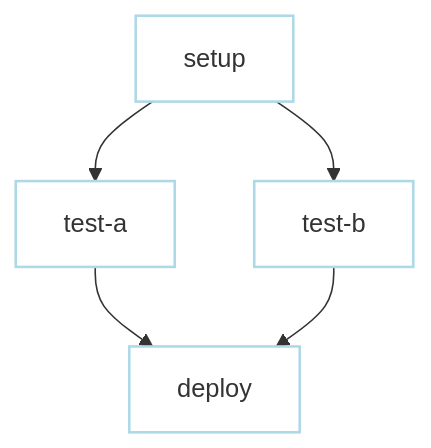
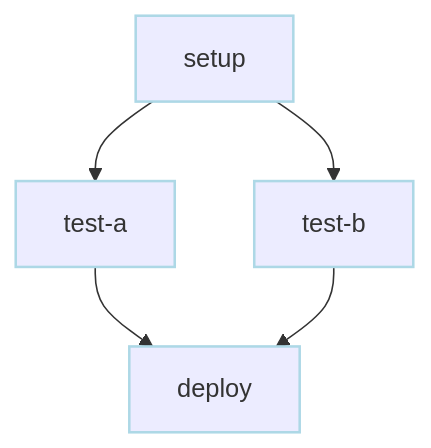
The third of 8 diagrams in docs-next/writing-workflows/examples/index.md (dagu-org/dagu), drawn with Mermaid before and after one commit. The commit also changed other lines of this file and 8 other files, not shown here.

````diff
--- a/docs-next/writing-workflows/examples/index.md
+++ b/docs-next/writing-workflows/examples/index.md
@@ -90,11 +89,11 @@
 ```mermaid
 graph TD
     A[setup] --> B[test-a]
     A --> C[test-b]
     B --> D[deploy]
     C --> D
-    style A fill:white,stroke:lightblue,stroke-width:1.6px,color:#333
-    style B fill:white,stroke:lightblue,stroke-width:1.6px,color:#333
-    style C fill:white,stroke:lightblue,stroke-width:1.6px,color:#333
-    style D fill:white,stroke:lightblue,stroke-width:1.6px,color:#333
+    style A stroke:lightblue,stroke-width:1.6px,color:#333
+    style B stroke:lightblue,stroke-width:1.6px,color:#333
+    style C stroke:lightblue,stroke-width:1.6px,color:#333
+    style D stroke:lightblue,stroke-width:1.6px,color:#333
 ```
````
